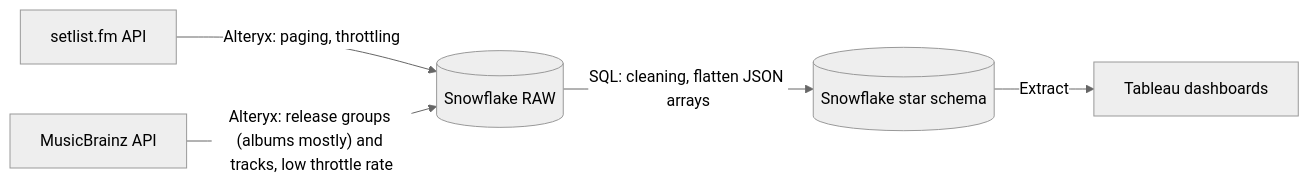
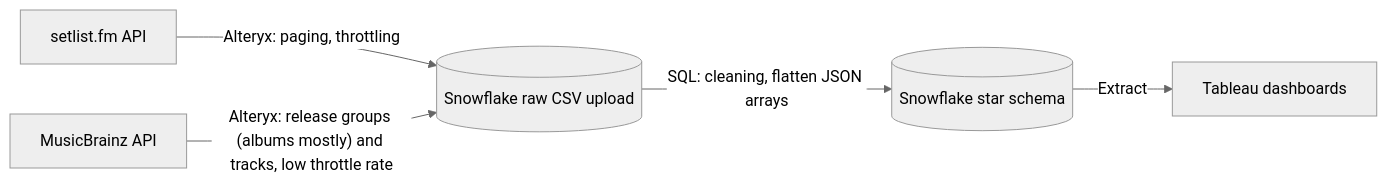
Before and after one commit to dserino1717/artist_analytics_project: the diagram in README.md, drawn with Mermaid (neutral theme).

Commit message:
Update architecture diagram in README

````diff
--- a/README.md
+++ b/README.md
@@ -40,7 +40,7 @@
 ```mermaid
 flowchart LR
-    A[setlist.fm API] -->|"Alteryx: paging, throttling"| C[(Snowflake RAW)]
+    A[setlist.fm API] -->|"Alteryx: paging, throttling"| C[(Snowflake raw CSV upload)]
     B[MusicBrainz API] -->|"Alteryx: release groups (albums mostly) and tracks, low throttle rate"| C
     C -->|"SQL: cleaning, flatten JSON arrays"| D[(Snowflake star schema)]
     D -->|Extract| E[Tableau dashboards]
 ```
````
